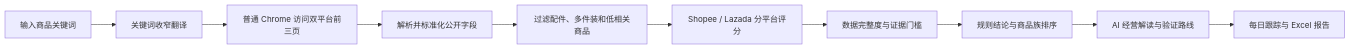
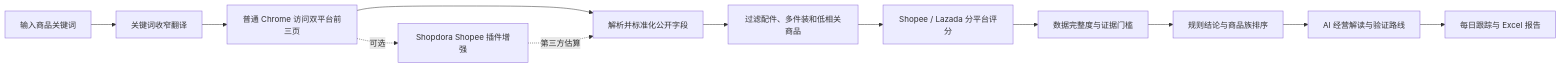
The diagram in docs/SYSTEM_LOGIC_FOR_PARTNERS.md (gw769/my-market-radar), drawn with Mermaid before and after one commit. The commit also changed other lines of this file and 15 other files, not shown here.

Commit message:
feat: add optional Shopdora Shopee enrichment

````diff
--- a/docs/SYSTEM_LOGIC_FOR_PARTNERS.md
+++ b/docs/SYSTEM_LOGIC_FOR_PARTNERS.md
@@ -22,12 +22,14 @@
 ```mermaid
 flowchart LR
     A[输入商品关键词] --> B[关键词收窄翻译]
     B --> C[普通 Chrome 访问双平台前三页]
     C --> D[解析并标准化公开字段]
+    C -. 可选 .-> K[Shopdora Shopee 插件增强]
+    K -. 第三方估算 .-> D
     D --> E[过滤配件、多件装和低相关商品]
     E --> F[Shopee / Lazada 分平台评分]
     F --> G[数据完整度与证据门槛]
     G --> H[规则结论与商品族排序]
     H --> I[AI 经营解读与验证路线]
     I --> J[每日跟踪与 Excel 报告]
 ```
````
